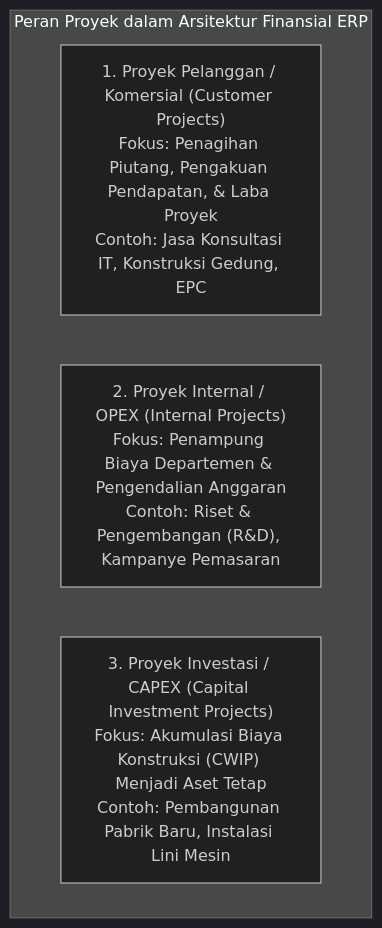
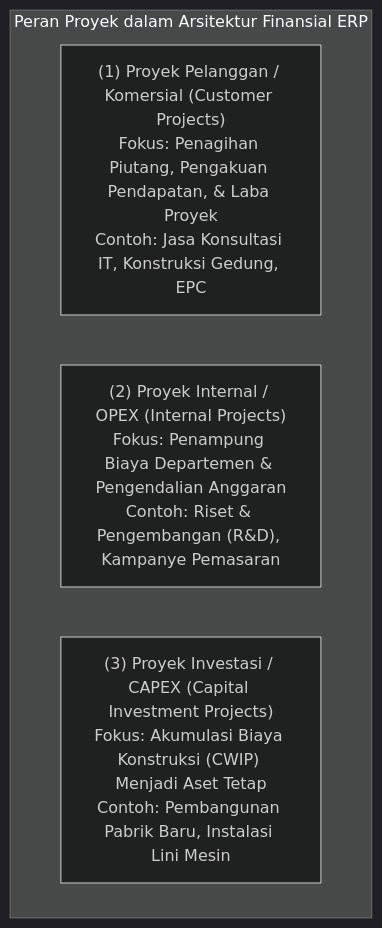
One commit to alimurrofid/erp-notes changed the second of 6 diagrams in content/09-project/project-management-fundamentals.md. Above: the diagram before and after it, drawn with Mermaid (dark theme). The commit also changed 132 other files, not shown here.

````diff
--- a/content/09-project/project-management-fundamentals.md
+++ b/content/09-project/project-management-fundamentals.md
@@ -49,8 +49,8 @@
 ```mermaid
 graph TD
     subgraph ProjectRoles["Peran Proyek dalam Arsitektur Finansial ERP"]
-        Customer["1. Proyek Pelanggan / Komersial (Customer Projects)<br/>Fokus: Penagihan Piutang, Pengakuan Pendapatan, & Laba Proyek<br/>Contoh: Jasa Konsultasi IT, Konstruksi Gedung, EPC"]
-        Internal["2. Proyek Internal / OPEX (Internal Projects)<br/>Fokus: Penampung Biaya Departemen & Pengendalian Anggaran<br/>Contoh: Riset & Pengembangan (R&D), Kampanye Pemasaran"]
-        Capital["3. Proyek Investasi / CAPEX (Capital Investment Projects)<br/>Fokus: Akumulasi Biaya Konstruksi (CWIP) Menjadi Aset Tetap<br/>Contoh: Pembangunan Pabrik Baru, Instalasi Lini Mesin"]
+        Customer["(1) Proyek Pelanggan / Komersial (Customer Projects)<br/>Fokus: Penagihan Piutang, Pengakuan Pendapatan, & Laba Proyek<br/>Contoh: Jasa Konsultasi IT, Konstruksi Gedung, EPC"]
+        Internal["(2) Proyek Internal / OPEX (Internal Projects)<br/>Fokus: Penampung Biaya Departemen & Pengendalian Anggaran<br/>Contoh: Riset & Pengembangan (R&D), Kampanye Pemasaran"]
+        Capital["(3) Proyek Investasi / CAPEX (Capital Investment Projects)<br/>Fokus: Akumulasi Biaya Konstruksi (CWIP) Menjadi Aset Tetap<br/>Contoh: Pembangunan Pabrik Baru, Instalasi Lini Mesin"]
     end
 ```
````
